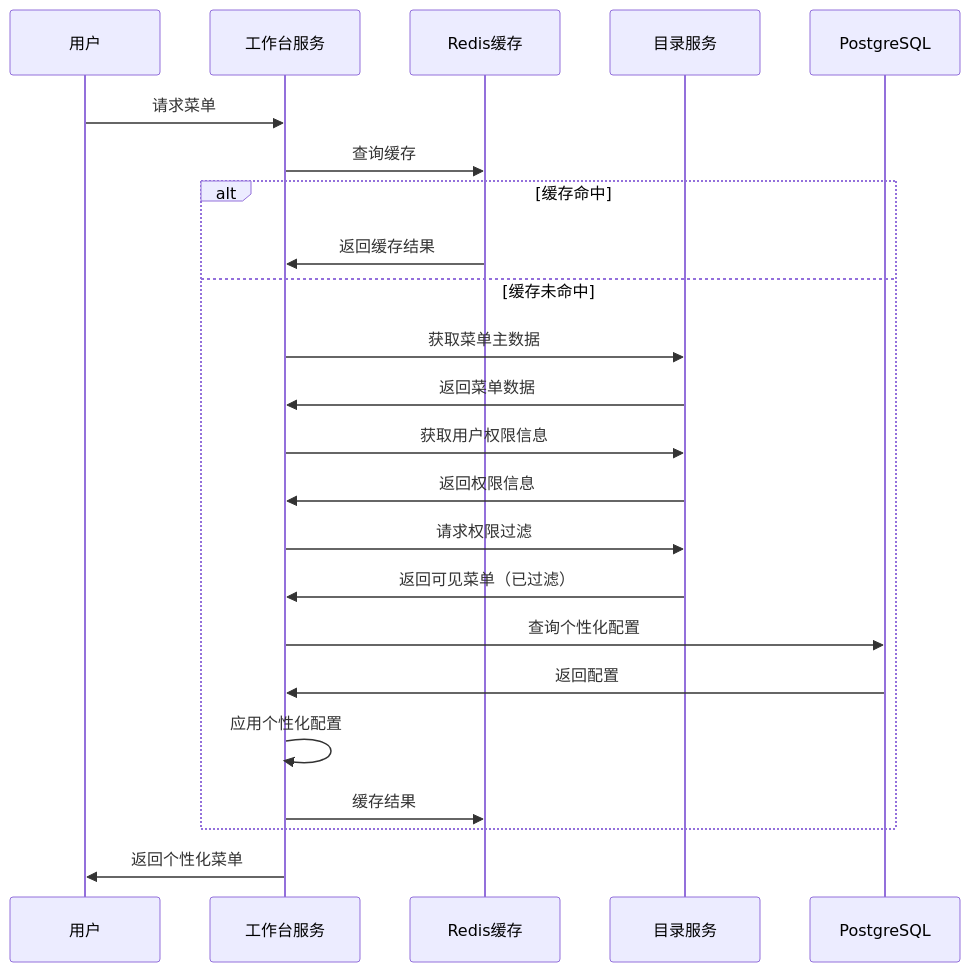
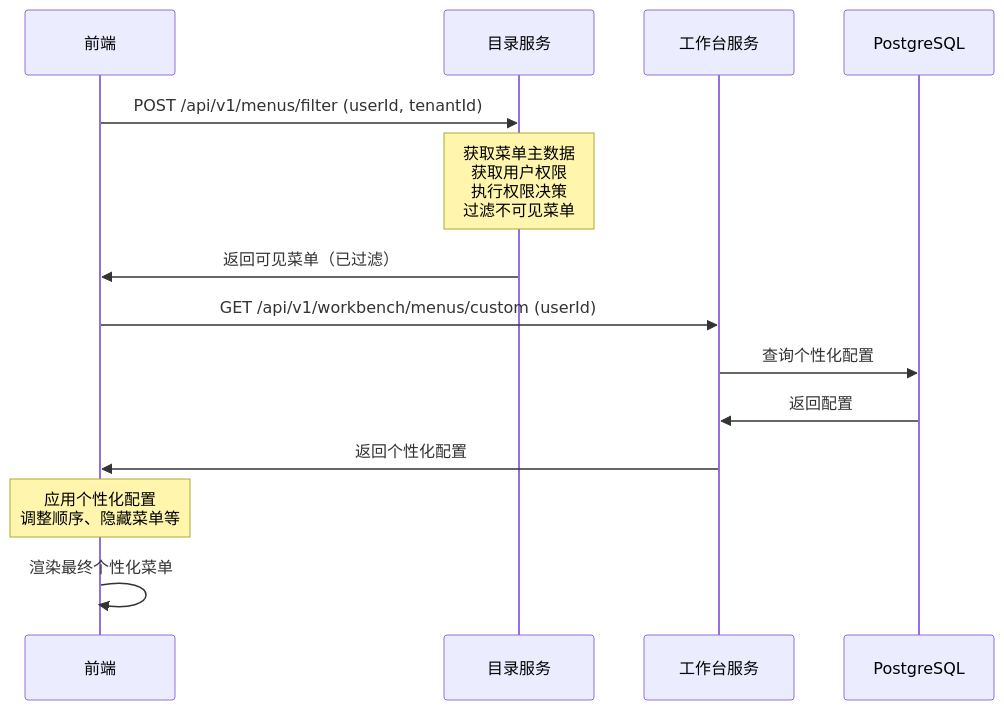
One commit to ai-archi/aiPaaS changed the diagram in docs/architecture/aixone-app-workbench-architecture.md. Above: the diagram before and after it, drawn with Mermaid. The commit also changed other lines of this file and 685 other files, not shown here.

````diff
--- a/docs/architecture/aixone-app-workbench-architecture.md
+++ b/docs/architecture/aixone-app-workbench-architecture.md
@@ -271,26 +255,19 @@
 ```mermaid
 sequenceDiagram
-    participant User as 用户
+    participant Frontend as 前端
+    participant Directory as 目录服务
     participant Workbench as 工作台服务
-    participant Cache as Redis缓存
-    participant Directory as 目录服务
     participant Database as PostgreSQL
 
-    User->>Workbench: 请求菜单
-    Workbench->>Cache: 查询缓存
-    alt 缓存命中
-        Cache->>Workbench: 返回缓存结果
-    else 缓存未命中
-        Workbench->>Directory: 获取菜单主数据
-        Directory->>Workbench: 返回菜单数据
-        Workbench->>Directory: 获取用户权限信息
-        Directory->>Workbench: 返回权限信息
-        Workbench->>Directory: 请求权限过滤
-        Directory->>Workbench: 返回可见菜单（已过滤）
-        Workbench->>Database: 查询个性化配置
-        Database->>Workbench: 返回配置
-        Workbench->>Workbench: 应用个性化配置
-        Workbench->>Cache: 缓存结果
-    end
-    Workbench->>User: 返回个性化菜单
+    Frontend->>Directory: POST /api/v1/menus/filter (userId, tenantId)
+    Note over Directory: 获取菜单主数据<br/>获取用户权限<br/>执行权限决策<br/>过滤不可见菜单
+    Directory->>Frontend: 返回可见菜单（已过滤）
+    
+    Frontend->>Workbench: GET /api/v1/workbench/menus/custom (userId)
+    Workbench->>Database: 查询个性化配置
+    Database->>Workbench: 返回配置
+    Workbench->>Frontend: 返回个性化配置
+    
+    Note over Frontend: 应用个性化配置<br/>调整顺序、隐藏菜单等
+    Frontend->>Frontend: 渲染最终个性化菜单
 ```
````
